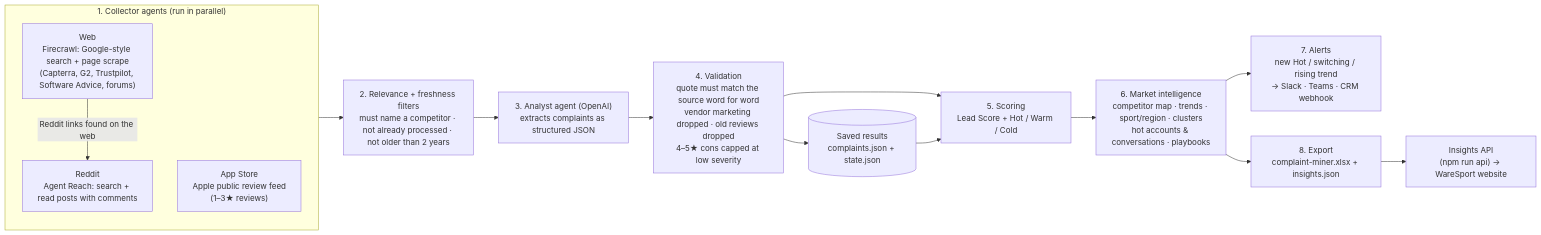
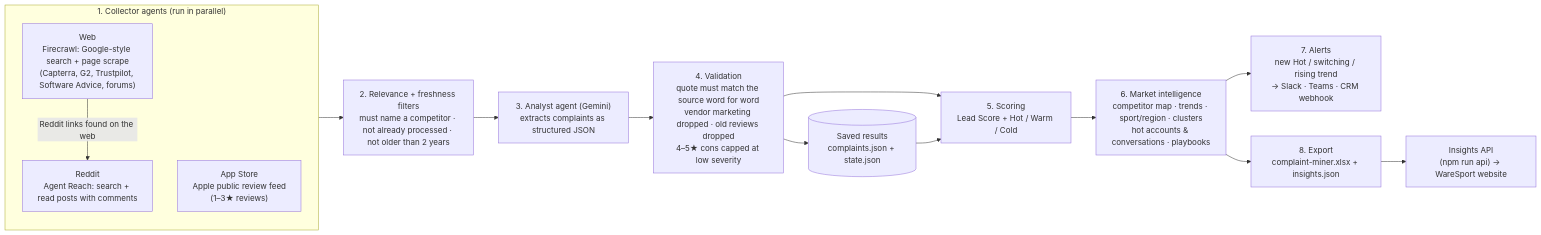
The diagram in README.md (waresport-product/AI-Complaint-miner), drawn with Mermaid before and after one commit. The commit also changed other lines of this file and 3 other files, not shown here.

````diff
--- a/README.md
+++ b/README.md
@@ -134,19 +325,19 @@
 ```mermaid
 flowchart LR
     subgraph Collect["1. Collector agents (run in parallel)"]
         R["Reddit<br/>Agent Reach: search + read posts with comments"]
         W["Web<br/>Firecrawl: Google-style search + page scrape<br/>(Capterra, G2, Trustpilot, Software Advice, forums)"]
         A["App Store<br/>Apple public review feed<br/>(1–3★ reviews)"]
     end
     W -- "Reddit links found on the web" --> R
     Collect --> F["2. Relevance + freshness filters<br/>must name a competitor · not already processed · not older than 2 years"]
-    F --> L["3. Analyst agent (OpenAI)<br/>extracts complaints as structured JSON"]
+    F --> L["3. Analyst agent (Gemini)<br/>extracts complaints as structured JSON"]
     L --> V["4. Validation<br/>quote must match the source word for word<br/>vendor marketing dropped · old reviews dropped<br/>4–5★ cons capped at low severity"]
     V --> S["5. Scoring<br/>Lead Score + Hot / Warm / Cold"]
     S --> I["6. Market intelligence<br/>competitor map · trends · sport/region · clusters<br/>hot accounts & conversations · playbooks"]
     I --> AL["7. Alerts<br/>new Hot / switching / rising trend<br/>→ Slack · Teams · CRM webhook"]
     I --> X["8. Export<br/>complaint-miner.xlsx + insights.json"]
     X --> API["Insights API<br/>(npm run api) → WareSport website"]
     V --> D[("Saved results<br/>complaints.json + state.json")]
     D --> S
 ```
````
